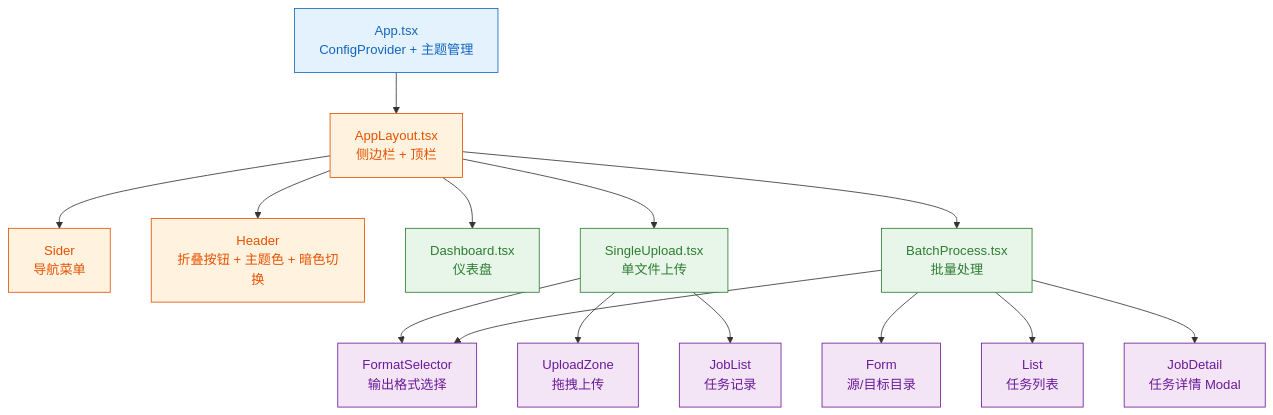
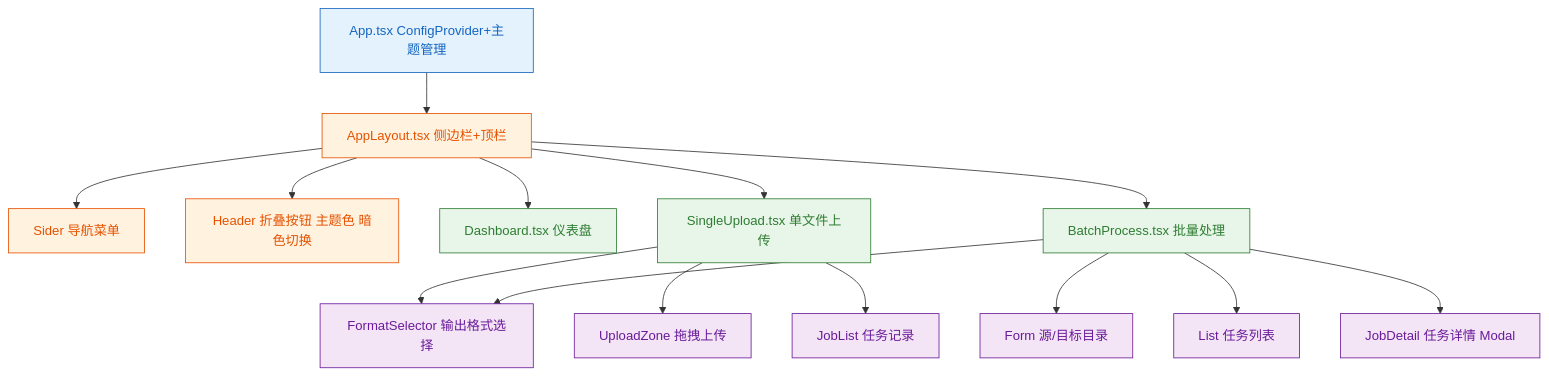
Before and after one commit to Terryhelium/pdf2searchable: the sixth of 6 diagrams in ARCHITECTURE.md, drawn with Mermaid. The commit also changed other lines of this file, not shown here.

First line of the commit message:
fix: make mermaid diagrams compatible with Typora

````diff
--- a/ARCHITECTURE.md
+++ b/ARCHITECTURE.md
@@ -295,29 +298,29 @@
 ```mermaid
 graph TB
-    App["App.tsx<br/>ConfigProvider + 主题管理"] --> Layout["AppLayout.tsx<br/>侧边栏 + 顶栏"]
-    Layout --> Nav["Sider<br/>导航菜单"]
-    Layout --> Header["Header<br/>折叠按钮 + 主题色 + 暗色切换"]
+    App["App.tsx ConfigProvider+主题管理"] --> Layout["AppLayout.tsx 侧边栏+顶栏"]
+    Layout --> Nav["Sider 导航菜单"]
+    Layout --> Header["Header 折叠按钮 主题色 暗色切换"]
 
-    Layout --> Dashboard["Dashboard.tsx<br/>仪表盘"]
-    Layout --> Upload["SingleUpload.tsx<br/>单文件上传"]
-    Layout --> Batch["BatchProcess.tsx<br/>批量处理"]
+    Layout --> Dashboard["Dashboard.tsx 仪表盘"]
+    Layout --> Upload["SingleUpload.tsx 单文件上传"]
+    Layout --> Batch["BatchProcess.tsx 批量处理"]
 
-    Upload --> FormatSel["FormatSelector<br/>输出格式选择"]
-    Upload --> Zone["UploadZone<br/>拖拽上传"]
-    Upload --> Jobs["JobList<br/>任务记录"]
+    Upload --> FormatSel["FormatSelector 输出格式选择"]
+    Upload --> Zone["UploadZone 拖拽上传"]
+    Upload --> Jobs["JobList 任务记录"]
 
     Batch --> FormatSel
-    Batch --> BForm["Form<br/>源/目标目录"]
-    Batch --> BList["List<br/>任务列表"]
-    Batch --> Detail["JobDetail<br/>任务详情 Modal"]
+    Batch --> BForm["Form 源/目标目录"]
+    Batch --> BList["List 任务列表"]
+    Batch --> Detail["JobDetail 任务详情 Modal"]
 
     classDef app fill:#e3f2fd,stroke:#1565c0,color:#1565c0
     classDef layout fill:#fff3e0,stroke:#e65100,color:#e65100
     classDef page fill:#e8f5e9,stroke:#2e7d32,color:#2e7d32
     classDef comp fill:#f3e5f5,stroke:#6a1b9a,color:#6a1b9a
 
     class App app
     class Layout,Nav,Header layout
     class Dashboard,Upload,Batch page
     class FormatSel,Zone,Jobs,BForm,BList,Detail comp
 ```
````
